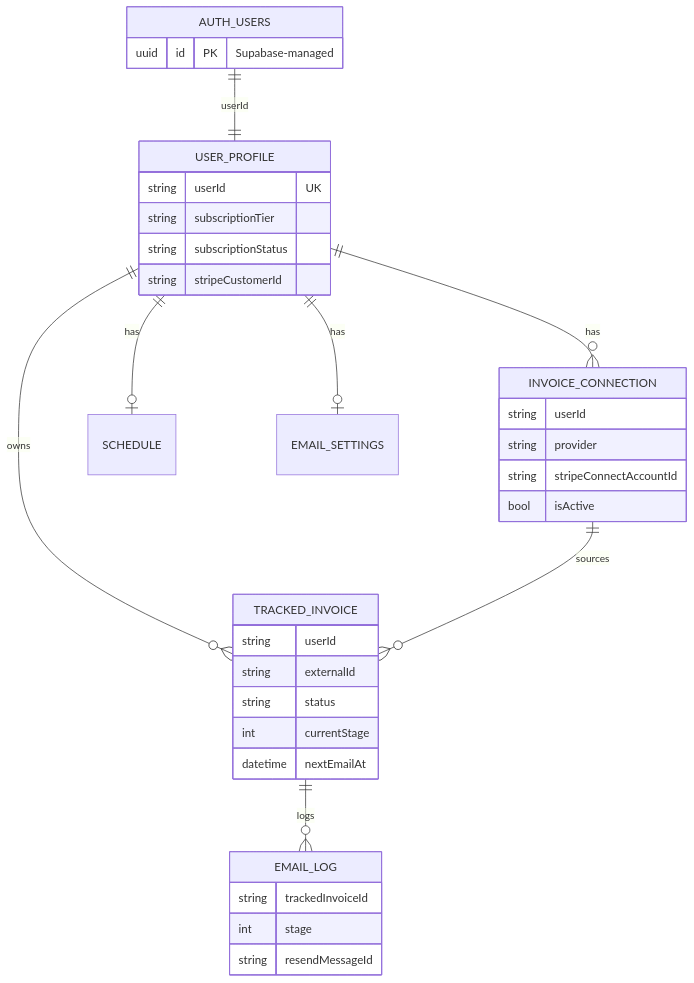
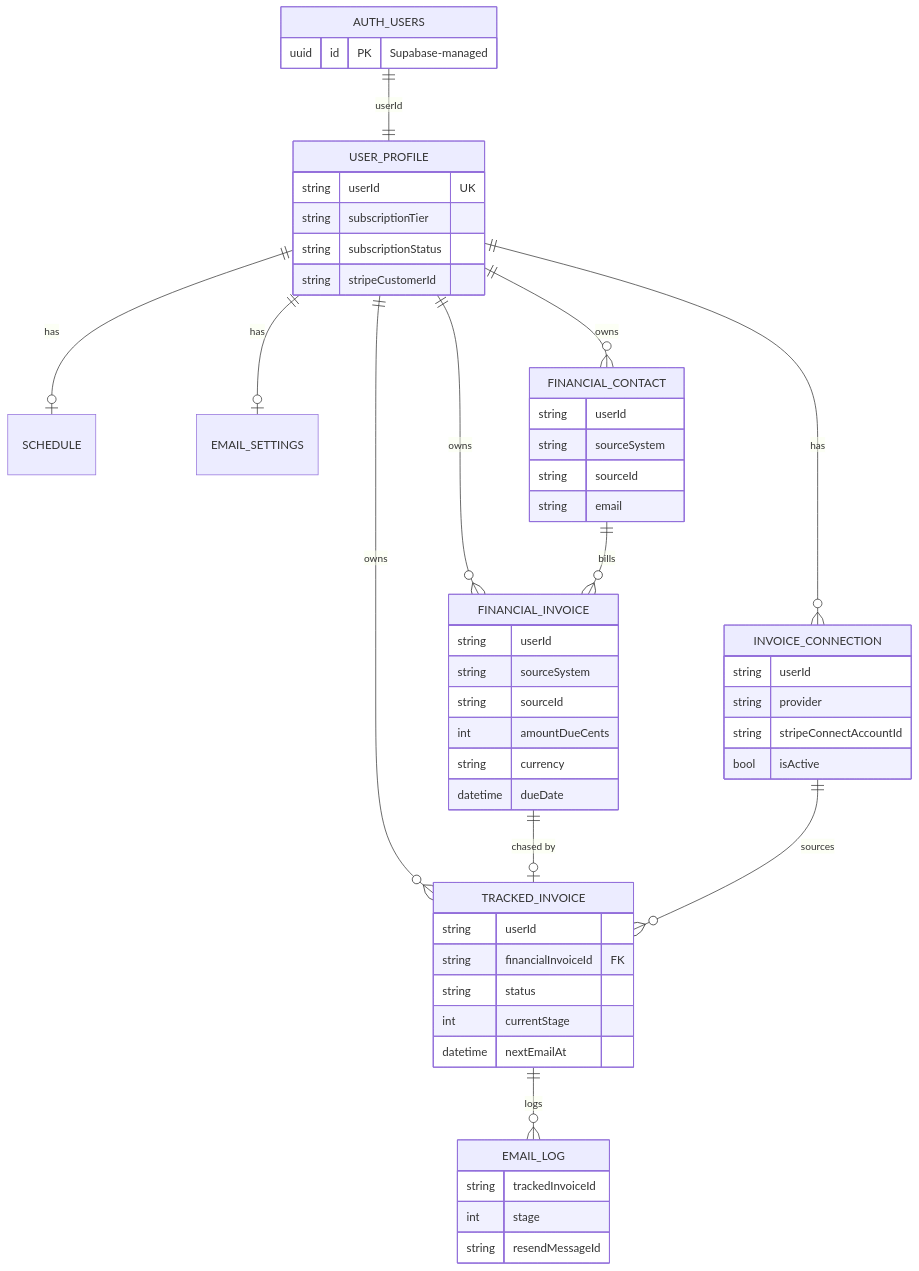
One commit to nick-syspac/paidsoon changed the third of 4 diagrams in docs/HLD.md. Above: the diagram before and after it, drawn with Mermaid. The commit also changed other lines of this file and 79 other files, not shown here.

````diff
--- a/docs/HLD.md
+++ b/docs/HLD.md
@@ -244,38 +244,56 @@
 ```mermaid
 erDiagram
     AUTH_USERS ||--|| USER_PROFILE : "userId"
     USER_PROFILE ||--o{ INVOICE_CONNECTION : has
     USER_PROFILE ||--o| SCHEDULE : has
     USER_PROFILE ||--o| EMAIL_SETTINGS : has
     USER_PROFILE ||--o{ TRACKED_INVOICE : owns
+    USER_PROFILE ||--o{ FINANCIAL_CONTACT : owns
+    USER_PROFILE ||--o{ FINANCIAL_INVOICE : owns
+    FINANCIAL_CONTACT ||--o{ FINANCIAL_INVOICE : bills
+    FINANCIAL_INVOICE ||--o| TRACKED_INVOICE : "chased by"
     INVOICE_CONNECTION ||--o{ TRACKED_INVOICE : sources
     TRACKED_INVOICE ||--o{ EMAIL_LOG : logs
 
     AUTH_USERS {
         uuid id PK "Supabase-managed"
     }
     USER_PROFILE {
         string userId UK
         string subscriptionTier
         string subscriptionStatus
         string stripeCustomerId
     }
+    FINANCIAL_CONTACT {
+        string userId
+        string sourceSystem
+        string sourceId
+        string email
+    }
+    FINANCIAL_INVOICE {
+        string userId
+        string sourceSystem
+        string sourceId
+        int amountDueCents
+        string currency
+        datetime dueDate
+    }
     INVOICE_CONNECTION {
         string userId
         string provider
         string stripeConnectAccountId
         bool isActive
     }
     TRACKED_INVOICE {
         string userId
-        string externalId
+        string financialInvoiceId FK
         string status
         int currentStage
         datetime nextEmailAt
     }
     EMAIL_LOG {
         string trackedInvoiceId
         int stage
         string resendMessageId
     }
 ```
````
